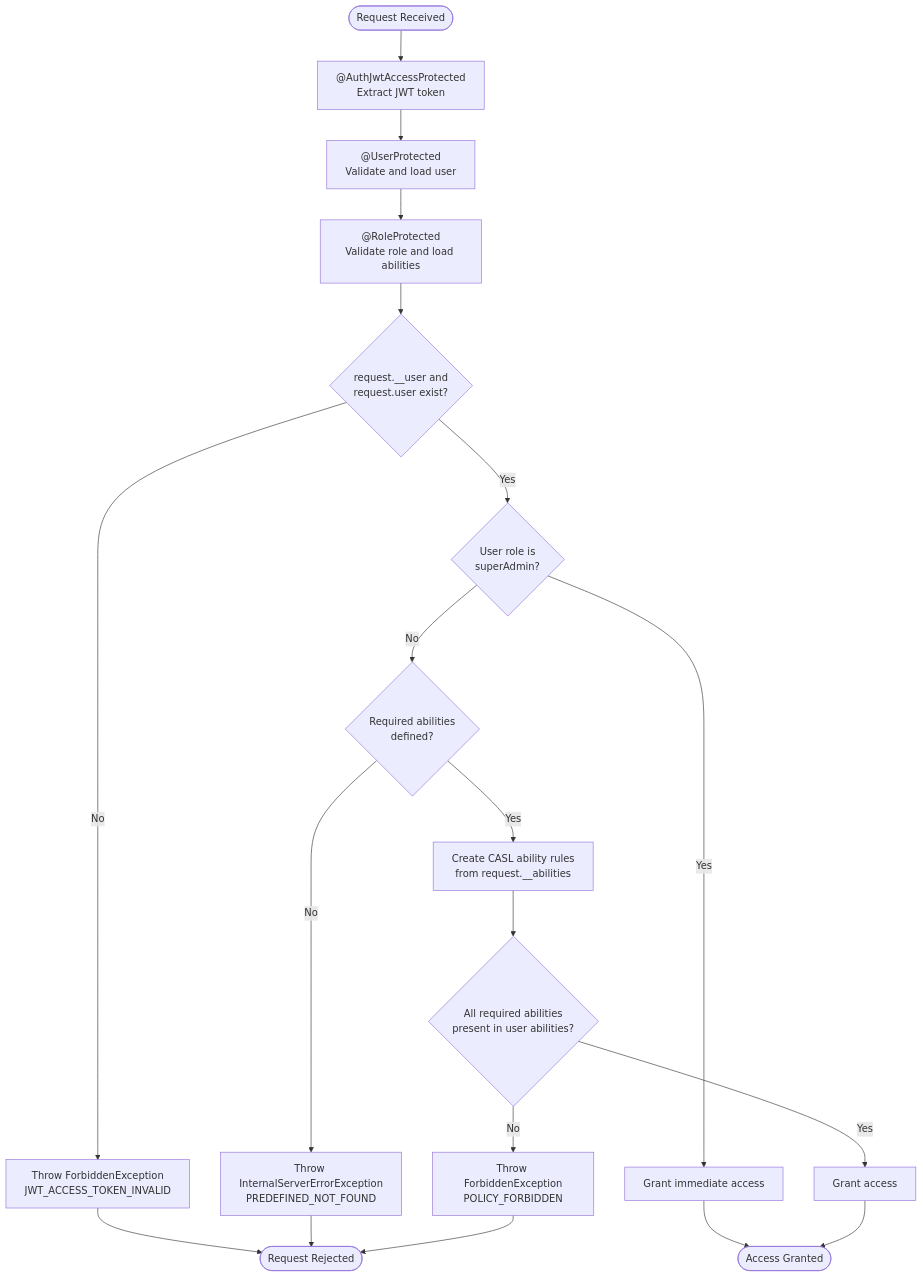
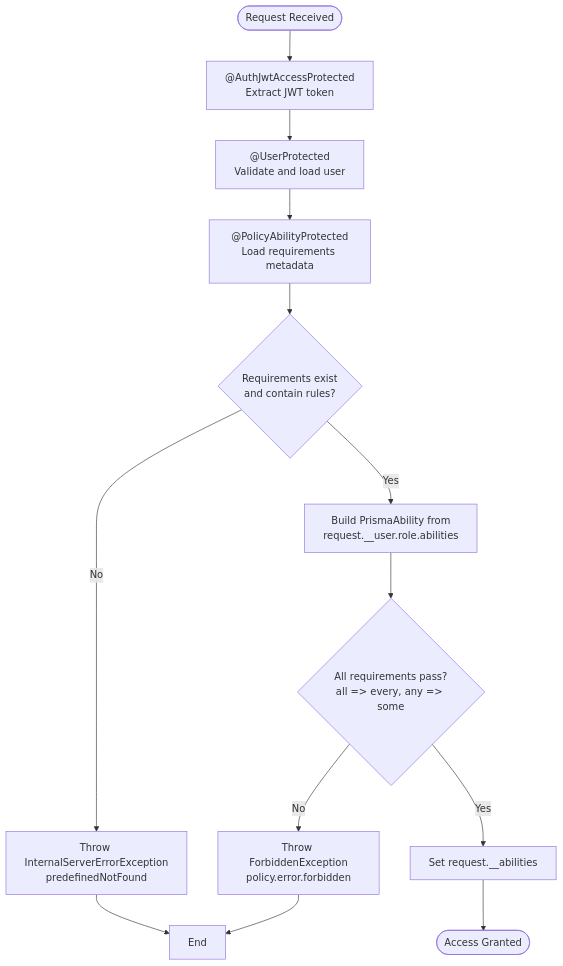
Before and after one commit to andrechristikan/ack-nestjs-boilerplate: the third of 5 diagrams in docs/authorization.md, drawn with Mermaid. The commit also changed other lines of this file, not shown here.

First line of the commit message:
doc(authorization): update `RoleGuard` and `PolicyAbilityGuard` documentation

````diff
--- a/docs/authorization.md
+++ b/docs/authorization.md
@@ -374,28 +405,20 @@
 ```mermaid
 flowchart TD
     Start([Request Received]) --> JwtGuard[ @AuthJwtAccessProtected<br/>Extract JWT token]
     JwtGuard --> UserGuard[ @UserProtected<br/>Validate and load user]
-    UserGuard --> RoleGuard[ @RoleProtected<br/>Validate role and load abilities]
-    RoleGuard --> CheckUser{request.__user and<br/>request.user exist?}
+    UserGuard --> PolicyGuard[ @PolicyAbilityProtected<br/>Load requirements metadata]
+    PolicyGuard --> CheckRequired{Requirements exist<br/>and contain rules?}
     
-    CheckUser -->|No| ErrorUser[Throw ForbiddenException<br/>JWT_ACCESS_TOKEN_INVALID]
-    CheckUser -->|Yes| CheckSuperAdmin{User role is<br/>superAdmin?}
+    CheckRequired -->|No| ErrorPredefined[Throw InternalServerErrorException<br/>predefinedNotFound]
+    CheckRequired -->|Yes| BuildAbility[Build PrismaAbility from<br/>request.__user.role.abilities]
     
-    CheckSuperAdmin -->|Yes| GrantSuperAdmin[Grant immediate access]
-    CheckSuperAdmin -->|No| CheckRequired{Required abilities<br/>defined?}
+    BuildAbility --> CheckRequirements{All requirements pass?<br/>all => every, any => some}
     
-    CheckRequired -->|No| ErrorPredefined[Throw InternalServerErrorException<br/>PREDEFINED_NOT_FOUND]
-    CheckRequired -->|Yes| CreateAbilities[Create CASL ability rules<br/>from request.__abilities]
+    CheckRequirements -->|No| ErrorForbidden[Throw ForbiddenException<br/>policy.error.forbidden]
+    CheckRequirements -->|Yes| SetAbility[Set request.__abilities]
     
-    CreateAbilities --> ValidateAbilities{All required abilities<br/>present in user abilities?}
+    SetAbility --> Success([Access Granted])
     
-    ValidateAbilities -->|No| ErrorForbidden[Throw ForbiddenException<br/>POLICY_FORBIDDEN]
-    ValidateAbilities -->|Yes| GrantAccess[Grant access]
-    
-    GrantSuperAdmin --> Success([Access Granted])
-    GrantAccess --> Success
-    
-    ErrorUser --> End([Request Rejected])
     ErrorPredefined --> End
     ErrorForbidden --> End
 ```
````
